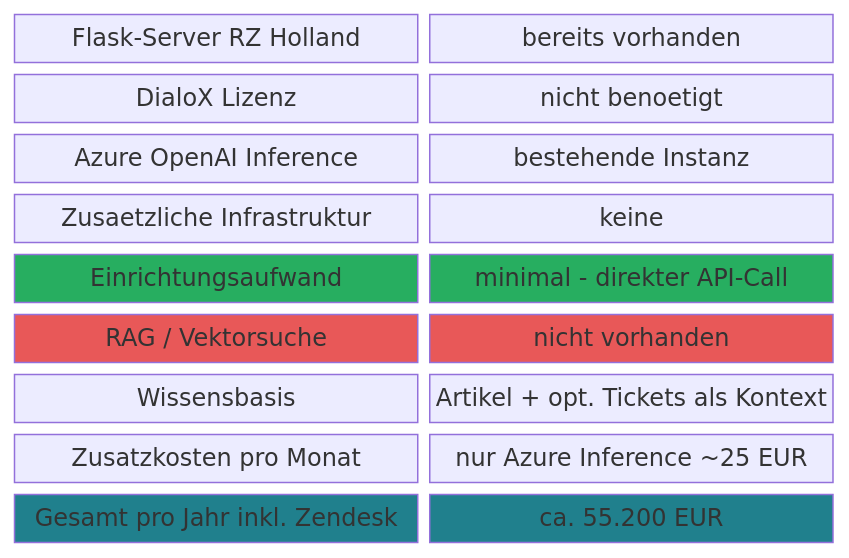
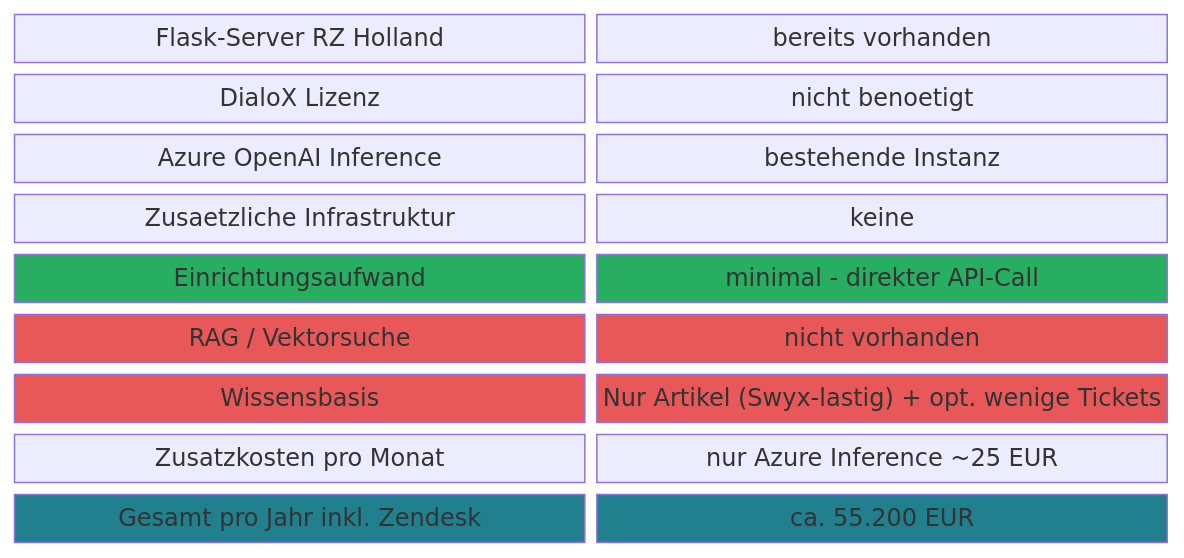
The fourth of 16 diagrams in readme.md (tekknix/zendesk-ai), drawn with Mermaid before and after one commit. The commit also changed other lines of this file, not shown here.

````diff
--- a/readme.md
+++ b/readme.md
@@ -93,20 +109,22 @@
 ```mermaid
 block-beta
     columns 2
     A["Flask-Server RZ Holland"]:1 B["bereits vorhanden"]:1
     C["DialoX Lizenz"]:1 D["nicht benoetigt"]:1
     E["Azure OpenAI Inference"]:1 F["bestehende Instanz"]:1
     G["Zusaetzliche Infrastruktur"]:1 H["keine"]:1
     I["Einrichtungsaufwand"]:1 J["minimal - direkter API-Call"]:1
     K["RAG / Vektorsuche"]:1 L["nicht vorhanden"]:1
-    M["Wissensbasis"]:1 N["Artikel + opt. Tickets als Kontext"]:1
+    M["Wissensbasis"]:1 N["Nur Artikel (Swyx-lastig) + opt. wenige Tickets"]:1
     O["Zusatzkosten pro Monat"]:1 P["nur Azure Inference ~25 EUR"]:1
     Q["Gesamt pro Jahr inkl. Zendesk"]:1 R["ca. 55.200 EUR"]:1
 
     style I fill:#27AE60,color:#fff
     style J fill:#27AE60,color:#fff
     style K fill:#E85858,color:#fff
     style L fill:#E85858,color:#fff
+    style M fill:#E85858,color:#fff
+    style N fill:#E85858,color:#fff
     style Q fill:#20808D,color:#fff
     style R fill:#20808D,color:#fff
 ```
````
